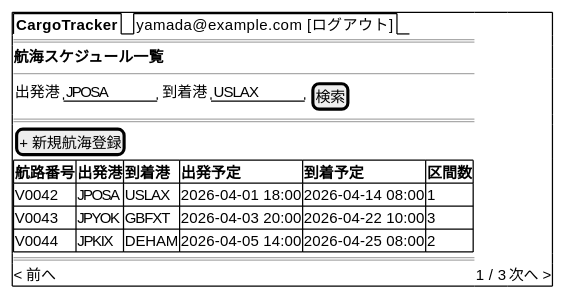
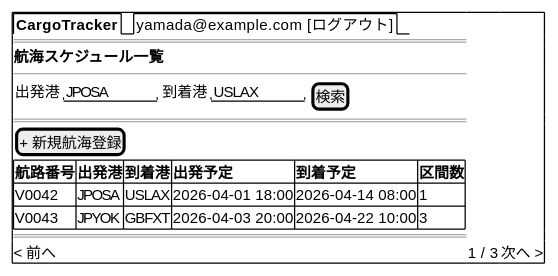
The eighth of 10 diagrams in docs/development/iteration_plan-1.md (k2works/case-study-cargo-tracker), drawn with PlantUML before and after one commit. The commit also changed other lines of this file and 3 other files, not shown here.

````diff
--- a/docs/development/iteration_plan-1.md
+++ b/docs/development/iteration_plan-1.md
@@ -315,23 +435,22 @@
 ```plantuml
 @startsalt
 {+
   {/ <b>CargoTracker</b>    |    yamada@example.com  [ログアウト] }
   ==
   <b>航海スケジュール一覧</b>
   --
   {
     出発港 | "JPOSA    " | 到着港 | "USLAX    " | [検索]
   }
   ==
   [+ 新規航海登録]
   {#
     **航路番号** | **出発港** | **到着港** | **出発予定**     | **到着予定**     | **区間数**
     V0042        | JPOSA      | USLAX      | 2026-04-01 18:00 | 2026-04-14 08:00 | 1
     V0043        | JPYOK      | GBFXT      | 2026-04-03 20:00 | 2026-04-22 10:00 | 3
-    V0044        | JPKIX      | DEHAM      | 2026-04-05 14:00 | 2026-04-25 08:00 | 2
   }
   ==
   < 前へ | 1 / 3 | 次へ >
 }
 @endsalt
 ```
````
